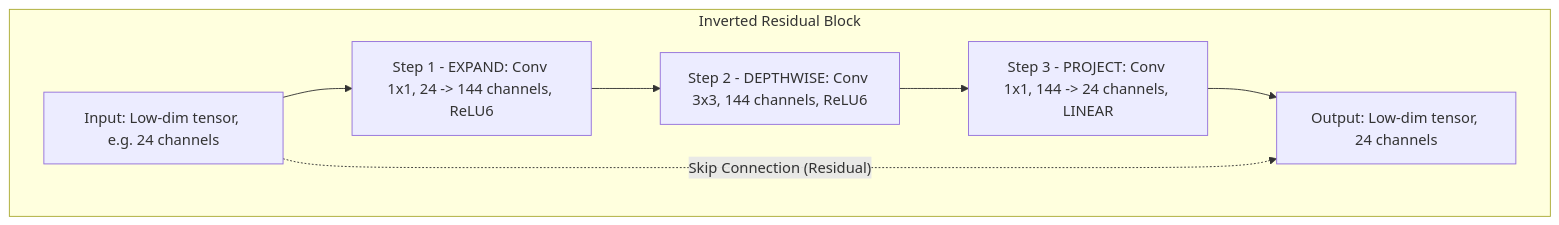
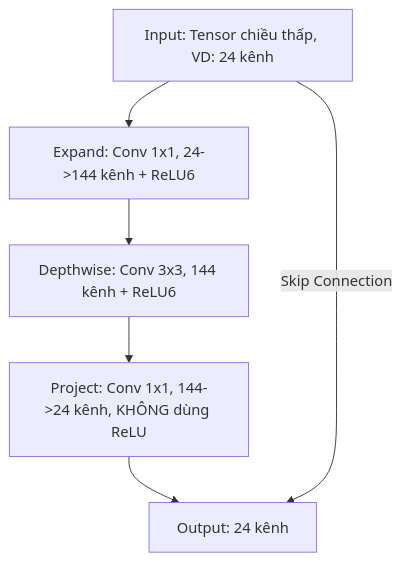
One commit to DevOpsLogistics/FoodVision-Ai changed the third of 11 diagrams in README.md. Above: the diagram before and after it, drawn with Mermaid. The commit also changed other lines of this file, not shown here.

Commit message:
Docs: Fix Vietnamese diacritics, simplify Mermaid diagrams, remove UI implementation details

````diff
--- a/README.md
+++ b/README.md
@@ -262,13 +206,8 @@
 ```mermaid
 graph TD
-    subgraph IRB ["Inverted Residual Block"]
-        I1["Input: Low-dim tensor, e.g. 24 channels"]
-        I2["Step 1 - EXPAND: Conv 1x1, 24 -> 144 channels, ReLU6"]
-        I3["Step 2 - DEPTHWISE: Conv 3x3, 144 channels, ReLU6"]
-        I4["Step 3 - PROJECT: Conv 1x1, 144 -> 24 channels, LINEAR"]
-        I5["Output: Low-dim tensor, 24 channels"]
-    end
-
-    I1 --> I2 --> I3 --> I4 --> I5
-    I1 -.->|"Skip Connection (Residual)"| I5
+    A["Input: Tensor chiều thấp, VD: 24 kênh"] --> B["Expand: Conv 1x1, 24->144 kênh + ReLU6"]
+    B --> C["Depthwise: Conv 3x3, 144 kênh + ReLU6"]
+    C --> D["Project: Conv 1x1, 144->24 kênh, KHÔNG dùng ReLU"]
+    D --> E["Output: 24 kênh"]
+    A -->|"Skip Connection"| E
 ```
````
